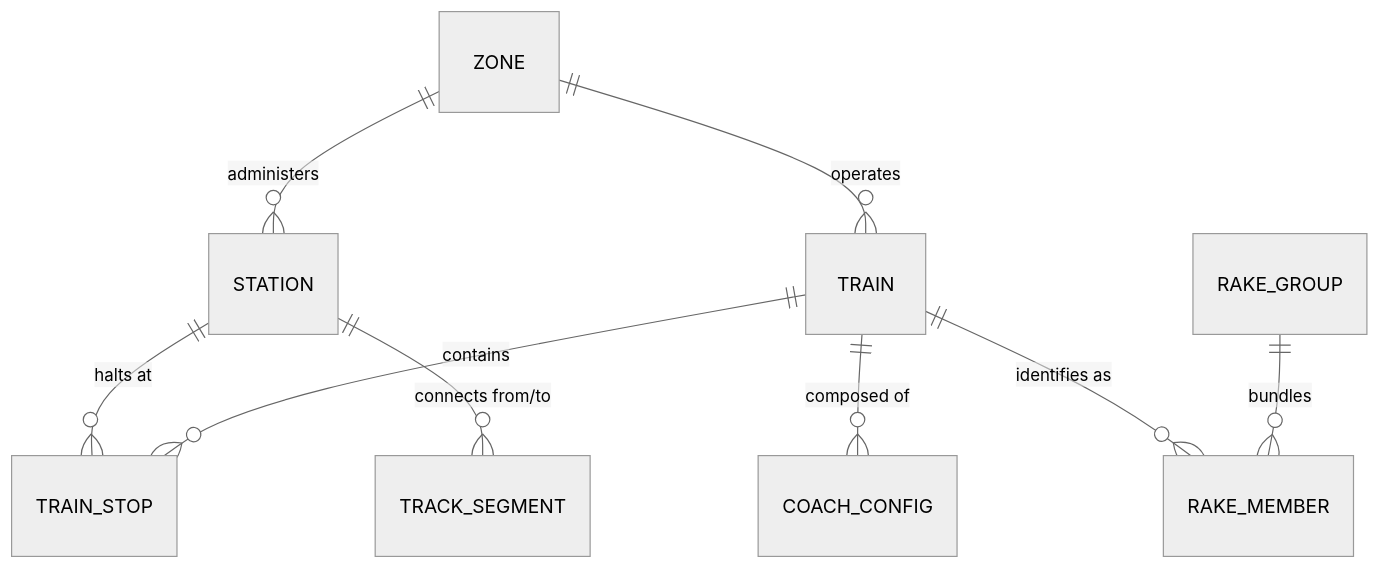
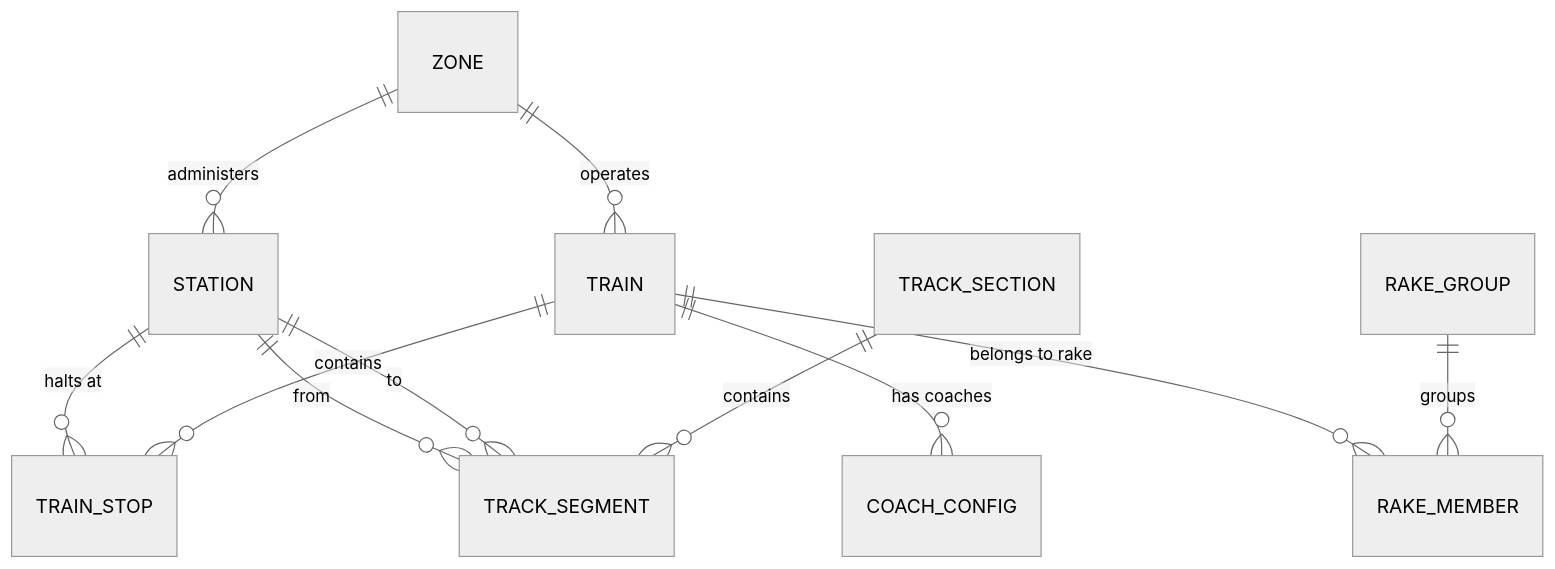
Before and after one commit to srivathsanvenkateswaran/OneRail: the diagram in docs/database_source_of_truth.md, drawn with Mermaid (neutral theme). The commit also changed other lines of this file and 25 other files, not shown here.

````diff
--- a/docs/database_source_of_truth.md
+++ b/docs/database_source_of_truth.md
@@ -69,11 +263,13 @@
 ```mermaid
 erDiagram
     ZONE ||--o{ STATION : "administers"
     ZONE ||--o{ TRAIN : "operates"
     STATION ||--o{ TRAIN_STOP : "halts at"
     TRAIN ||--o{ TRAIN_STOP : "contains"
-    TRAIN ||--o{ COACH_CONFIG : "composed of"
-    TRAIN ||--o{ RAKE_MEMBER : "identifies as"
-    RAKE_GROUP ||--o{ RAKE_MEMBER : "bundles"
-    STATION ||--o{ TRACK_SEGMENT : "connects from/to"
+    TRAIN ||--o{ COACH_CONFIG : "has coaches"
+    TRAIN ||--o{ RAKE_MEMBER : "belongs to rake"
+    RAKE_GROUP ||--o{ RAKE_MEMBER : "groups"
+    STATION ||--o{ TRACK_SEGMENT : "from"
+    STATION ||--o{ TRACK_SEGMENT : "to"
+    TRACK_SECTION ||--o{ TRACK_SEGMENT : "contains"
 ```
````
